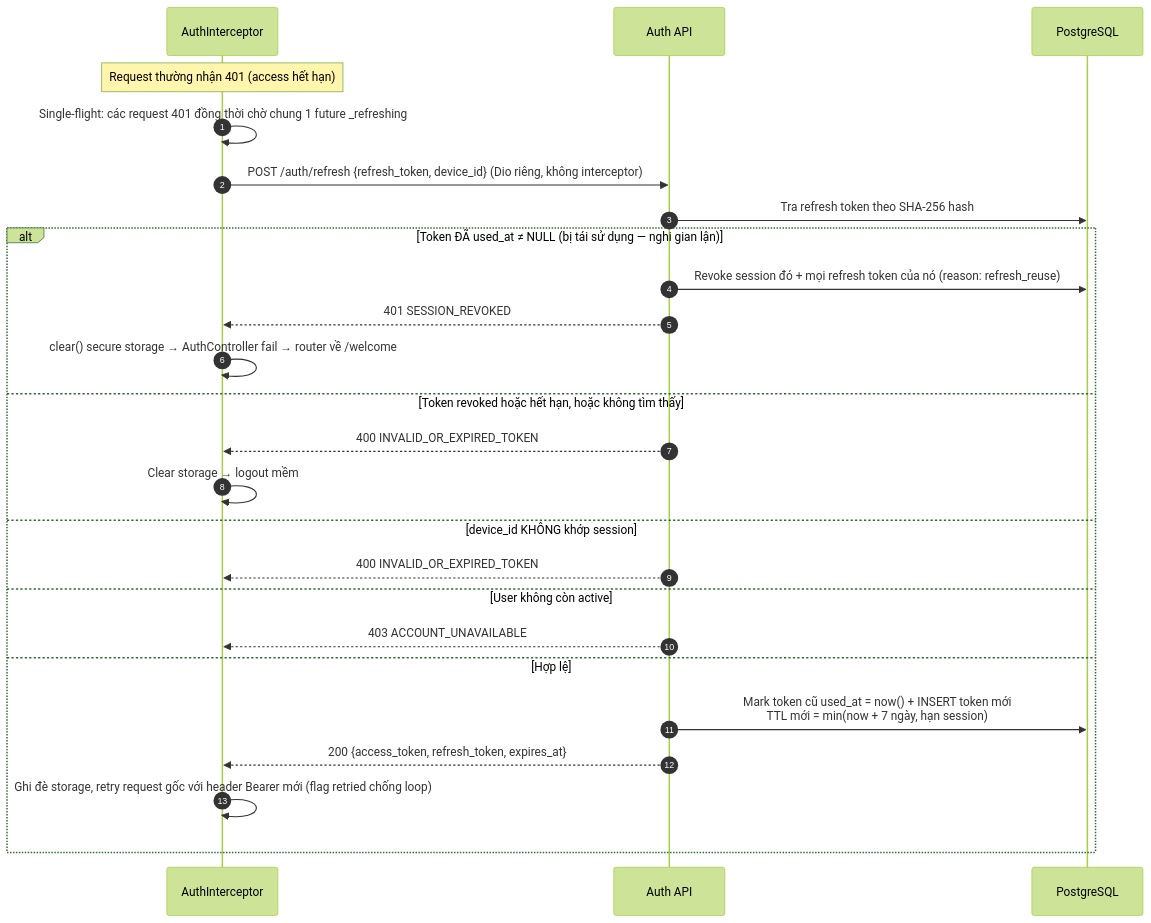
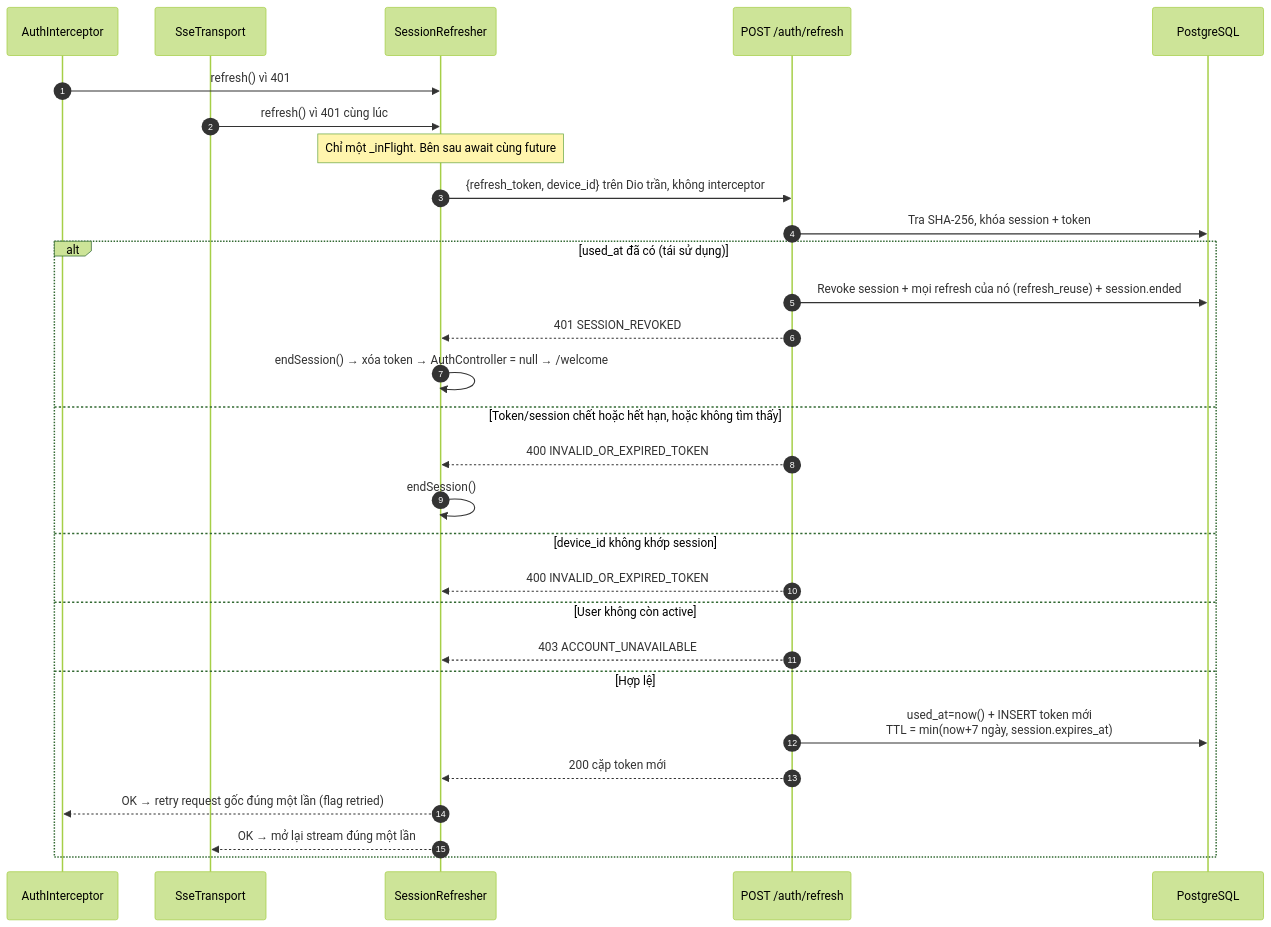
The third of 8 diagrams in flow/01-auth.md (FintechVSF-Tranning/PaySplit-RP), drawn with Mermaid (forest theme) before and after one commit. The commit also changed other lines of this file and 8 other files, not shown here.

````diff
--- a/flow/01-auth.md
+++ b/flow/01-auth.md
@@ -166,28 +188,32 @@
 ```mermaid
 sequenceDiagram
     autonumber
-    participant FE as AuthInterceptor
-    participant BE as Auth API
+    participant REST as AuthInterceptor
+    participant SSE as SseTransport
+    participant SR as SessionRefresher
+    participant BE as POST /auth/refresh
     participant DB as PostgreSQL
 
-    Note over FE: Request thường nhận 401 (access hết hạn)
-    FE->>FE: Single-flight: các request 401 đồng thời chờ chung 1 future _refreshing
-    FE->>BE: POST /auth/refresh {refresh_token, device_id} (Dio riêng, không interceptor)
-    BE->>DB: Tra refresh token theo SHA-256 hash
-    alt Token ĐÃ used_at ≠ NULL (bị tái sử dụng — nghi gian lận)
-        BE->>DB: Revoke session đó + mọi refresh token của nó (reason: refresh_reuse)
-        BE-->>FE: 401 SESSION_REVOKED
-        FE->>FE: clear() secure storage → AuthController fail → router về /welcome
-    else Token revoked hoặc hết hạn, hoặc không tìm thấy
-        BE-->>FE: 400 INVALID_OR_EXPIRED_TOKEN
-        FE->>FE: Clear storage → logout mềm
-    else device_id KHÔNG khớp session
-        BE-->>FE: 400 INVALID_OR_EXPIRED_TOKEN
+    REST->>SR: refresh() vì 401
+    SSE->>SR: refresh() vì 401 cùng lúc
+    Note over SR: Chỉ một _inFlight. Bên sau await cùng future
+    SR->>BE: {refresh_token, device_id} trên Dio trần, không interceptor
+    BE->>DB: Tra SHA-256, khóa session + token
+    alt used_at đã có (tái sử dụng)
+        BE->>DB: Revoke session + mọi refresh của nó (refresh_reuse) + session.ended
+        BE-->>SR: 401 SESSION_REVOKED
+        SR->>SR: endSession() → xóa token → AuthController = null → /welcome
+    else Token/session chết hoặc hết hạn, hoặc không tìm thấy
+        BE-->>SR: 400 INVALID_OR_EXPIRED_TOKEN
+        SR->>SR: endSession()
+    else device_id không khớp session
+        BE-->>SR: 400 INVALID_OR_EXPIRED_TOKEN
     else User không còn active
-        BE-->>FE: 403 ACCOUNT_UNAVAILABLE
+        BE-->>SR: 403 ACCOUNT_UNAVAILABLE
     else Hợp lệ
-        BE->>DB: Mark token cũ used_at = now() + INSERT token mới<br/>TTL mới = min(now + 7 ngày, hạn session)
-        BE-->>FE: 200 {access_token, refresh_token, expires_at}
-        FE->>FE: Ghi đè storage, retry request gốc với header Bearer mới (flag retried chống loop)
+        BE->>DB: used_at=now() + INSERT token mới<br/>TTL = min(now+7 ngày, session.expires_at)
+        BE-->>SR: 200 cặp token mới
+        SR-->>REST: OK → retry request gốc đúng một lần (flag retried)
+        SR-->>SSE: OK → mở lại stream đúng một lần
     end
 ```
````
